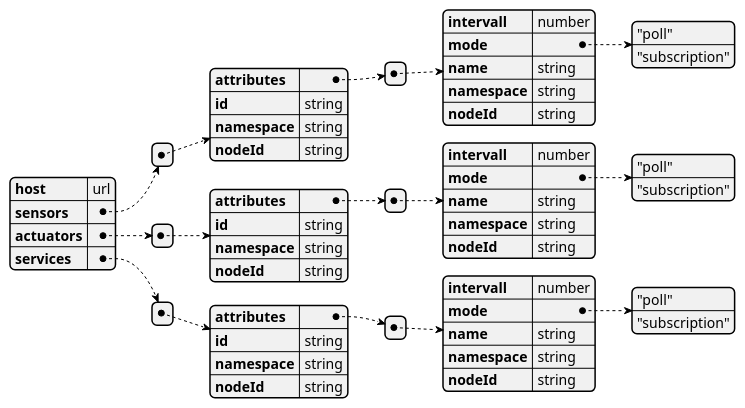
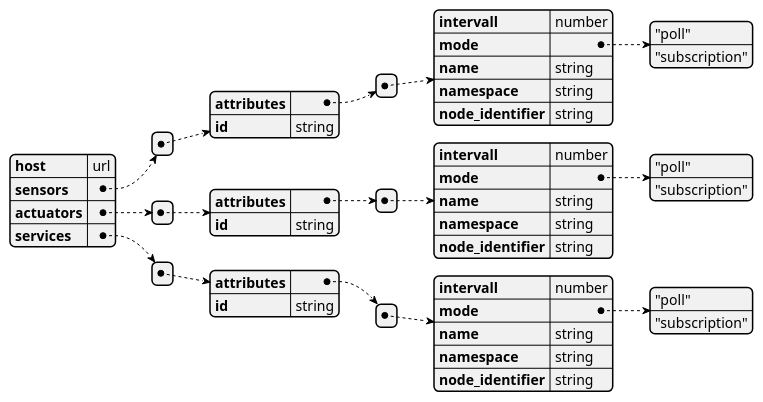
The diagram in documentation/architecture/opcua_config_schema.pu (Praktikum-PvAS/process-historian), drawn with PlantUML before and after one commit. The commit also changed 2 other files, not shown here.

Commit message:
Update opcua_config_schema

```diff
--- a/documentation/architecture/opcua_config_schema.pu
+++ b/documentation/architecture/opcua_config_schema.pu
@@ -1,54 +1,48 @@
 @startjson "OPC UA Config"
 {
   "host": "url",
   "sensors": [
     {
       "attributes": [
         {
           "intervall": "number",
           "mode": ["\"poll\"", "\"subscription\""],
           "name": "string",
           "namespace": "string",
-          "nodeId": "string"
+          "node_identifier": "string"
         }
       ],
-      "id": "string",
-      "namespace": "string",
-      "nodeId": "string"
+      "id": "string"
     }
   ],
   "actuators": [
     {
       "attributes": [
         {
           "intervall": "number",
           "mode": ["\"poll\"", "\"subscription\""],
           "name": "string",
           "namespace": "string",
-          "nodeId": "string"
+          "node_identifier": "string"
         }
       ],
-      "id": "string",
-      "namespace": "string",
-      "nodeId": "string"
+      "id": "string"
     }
   ],
   "services": [
     {
       "attributes": [
         {
           "intervall": "number",
           "mode": ["\"poll\"", "\"subscription\""],
           "name": "string",
           "namespace": "string",
-          "nodeId": "string"
+          "node_identifier": "string"
         }
       ],
-      "id": "string",
-      "namespace": "string",
-      "nodeId": "string"
+      "id": "string"
     }
   ]
 }
 
 @endjson
```
